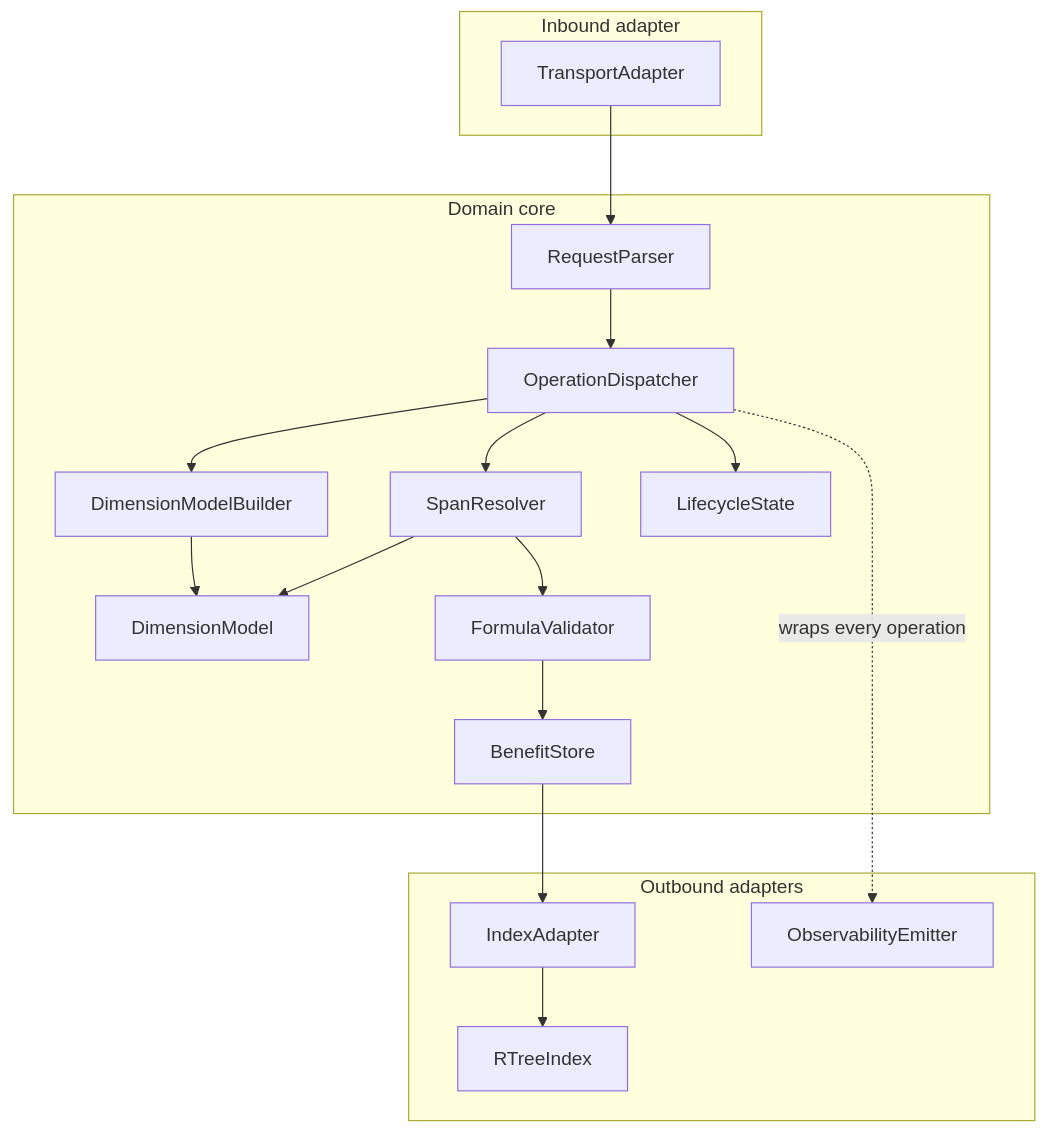
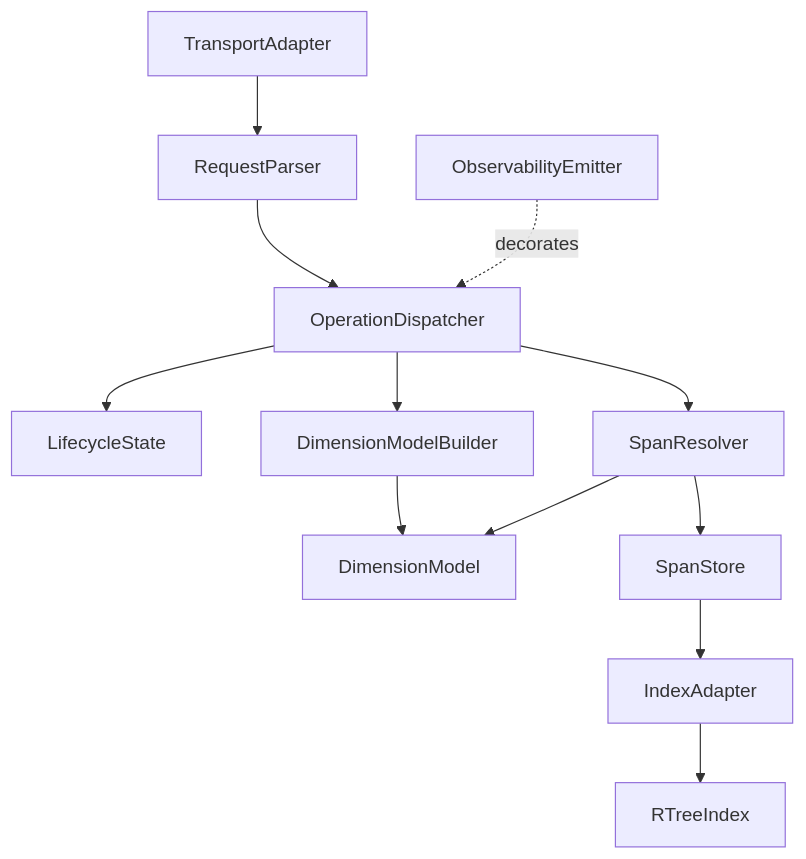
Before and after one commit to nati-kamusher-sage/plan-line-to-span: the diagram in docs/design/dt-4-component-structure.md, drawn with Mermaid. The commit also changed other lines of this file and 21 other files, not shown here.

````diff
--- a/docs/design/dt-4-component-structure.md
+++ b/docs/design/dt-4-component-structure.md
@@ -17,34 +17,14 @@
 ```mermaid
 flowchart TB
-    subgraph inbound[Inbound adapter]
-        TA[TransportAdapter]
-    end
-    subgraph core[Domain core]
-        RP[RequestParser]
-        OD[OperationDispatcher]
-        DMB[DimensionModelBuilder]
-        DM[DimensionModel]
-        SR[SpanResolver]
-        FV[FormulaValidator]
-        BS[BenefitStore]
-        LC[LifecycleState]
-    end
-    subgraph outbound[Outbound adapters]
-        IA[IndexAdapter]
-        RT[RTreeIndex]
-        OE[ObservabilityEmitter]
-    end
-
-    TA --> RP
-    RP --> OD
-    OD --> LC
-    OD --> DMB
-    OD --> SR
-    SR --> FV
+    TA[TransportAdapter] --> RP[RequestParser]
+    RP --> OD[OperationDispatcher]
+    OD --> LC[LifecycleState]
+    OD --> DMB[DimensionModelBuilder]
+    OD --> SR[SpanResolver]
+    DMB --> DM[DimensionModel]
     SR --> DM
-    DMB --> DM
-    FV --> BS
-    BS --> IA
-    IA --> RT
-    OD -.wraps every operation.-> OE
+    SR --> SS[SpanStore]
+    SS --> IA[IndexAdapter]
+    IA --> RT[RTreeIndex]
+    OE[ObservabilityEmitter] -.decorates.-> OD
 ```
````
